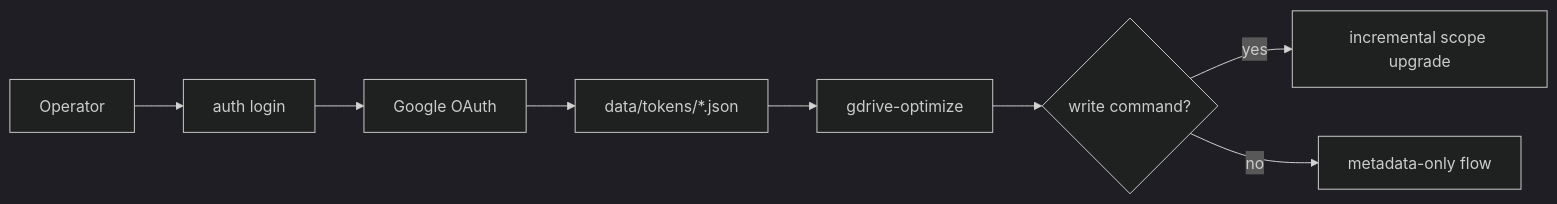
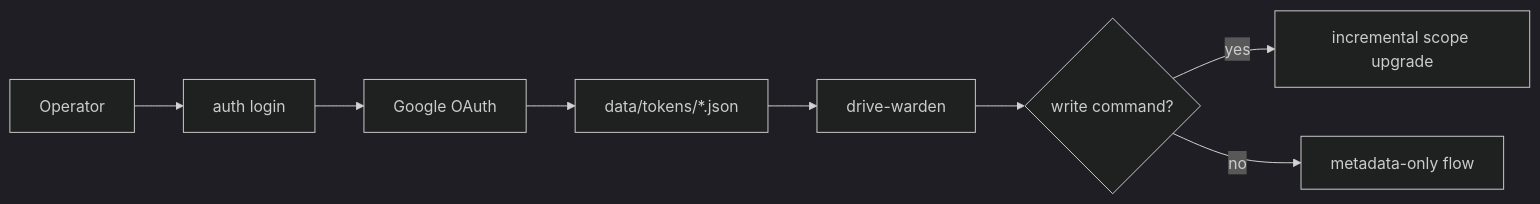
One commit to chris-piekarski/drive-warden changed the diagram in docs/architecture/security.md. Above: the diagram before and after it, drawn with Mermaid (dark theme). The commit also changed 36 other files, not shown here.

First line of the commit message:
Rename project to drive-warden

````diff
--- a/docs/architecture/security.md
+++ b/docs/architecture/security.md
@@ -7,10 +7,10 @@
 ```mermaid
 flowchart LR
     OP[Operator] --> LOGIN[auth login]
     LOGIN --> OAUTH[Google OAuth]
     OAUTH --> TOKEN[data/tokens/*.json]
-    TOKEN --> CLI[gdrive-optimize]
+    TOKEN --> CLI[drive-warden]
     CLI --> WRITE{write command?}
     WRITE -->|yes| UPGRADE[incremental scope upgrade]
     WRITE -->|no| READ[metadata-only flow]
 ```
````
